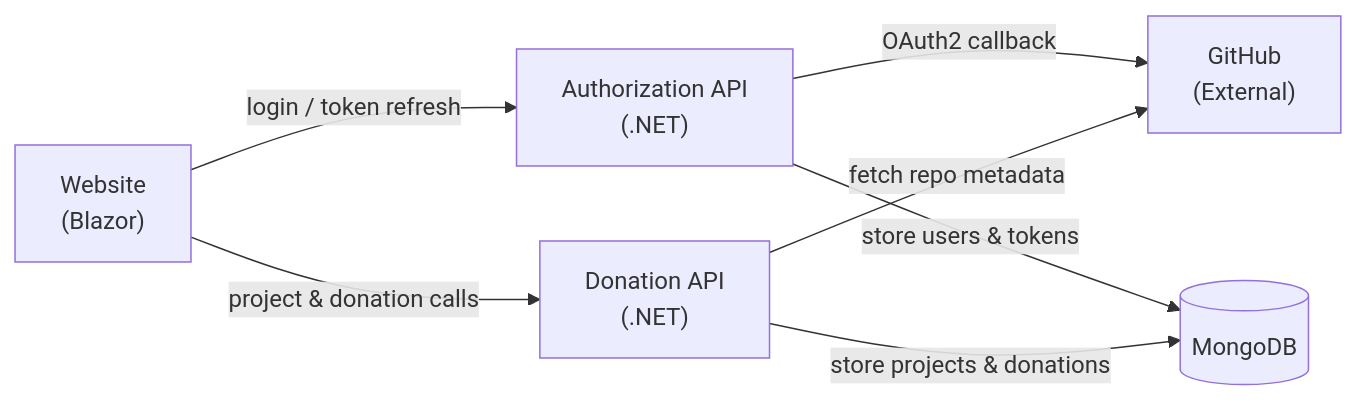
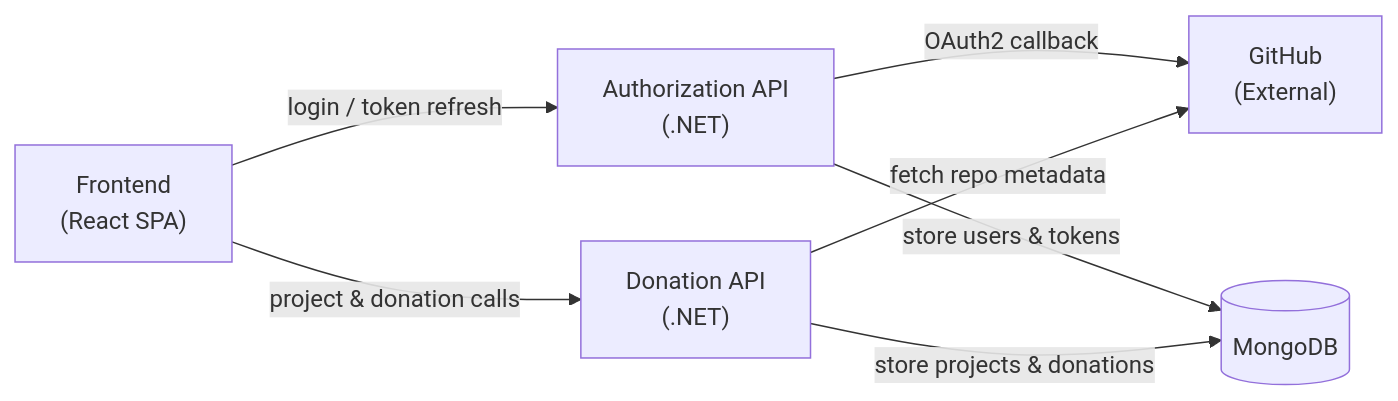
The diagram in docs/current/overview.md (wouterfennis/TimeForCode), drawn with Mermaid before and after one commit. The commit also changed other lines of this file and 142 other files, not shown here.

Commit message:
feat(frontend): scaffold the React SPA with lint, type-check and tests in CI (#110) (#116)

````diff
--- a/docs/current/overview.md
+++ b/docs/current/overview.md
@@ -13,15 +13,15 @@
 ```mermaid
 graph LR
-    Website["Website\n(Blazor)"]
+    Frontend["Frontend\n(React SPA)"]
     AuthAPI["Authorization API\n(.NET)"]
     DonationAPI["Donation API\n(.NET)"]
     MongoDB[("MongoDB")]
     GitHub["GitHub\n(External)"]
 
-    Website -->|login / token refresh| AuthAPI
-    Website -->|project & donation calls| DonationAPI
+    Frontend -->|login / token refresh| AuthAPI
+    Frontend -->|project & donation calls| DonationAPI
     AuthAPI -->|OAuth2 callback| GitHub
     AuthAPI -->|store users & tokens| MongoDB
     DonationAPI -->|store projects & donations| MongoDB
     DonationAPI -->|fetch repo metadata| GitHub
 ```
````
